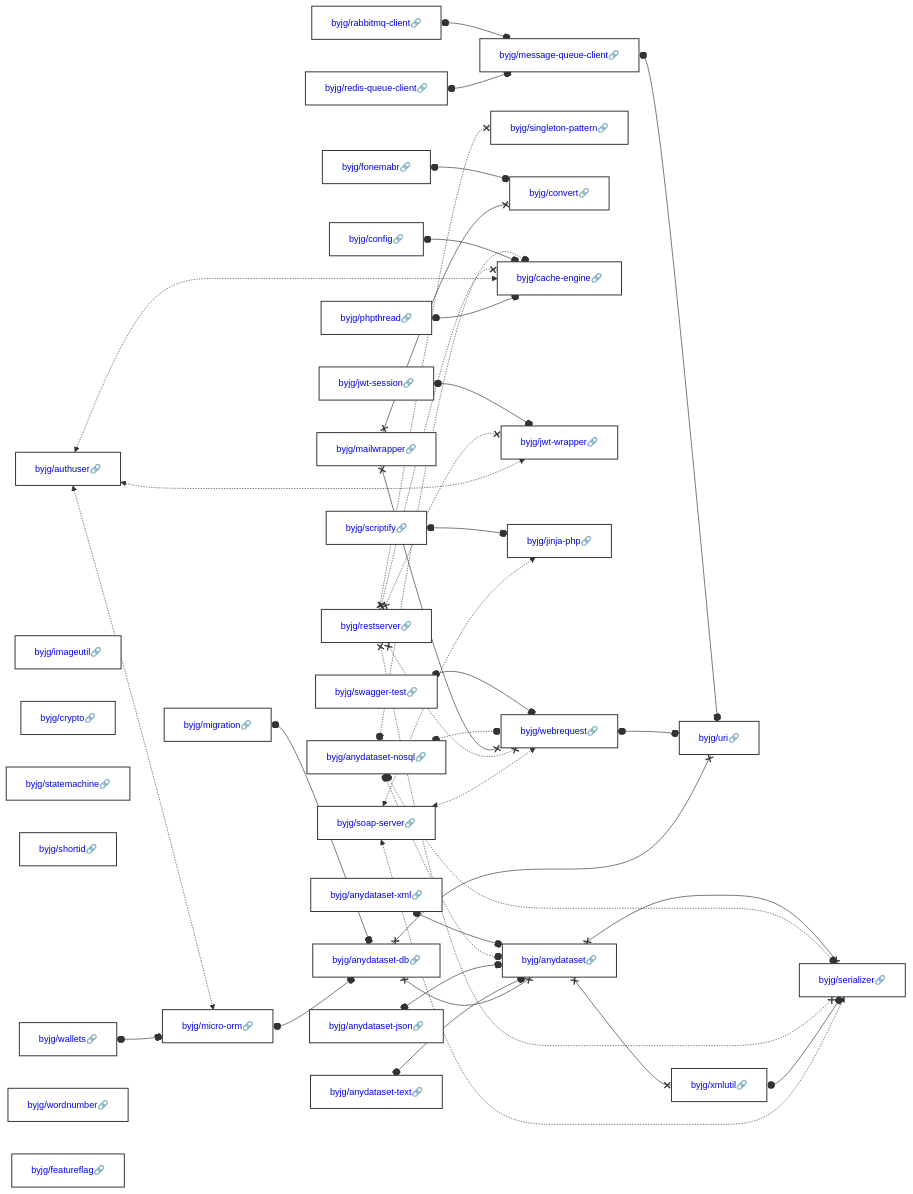
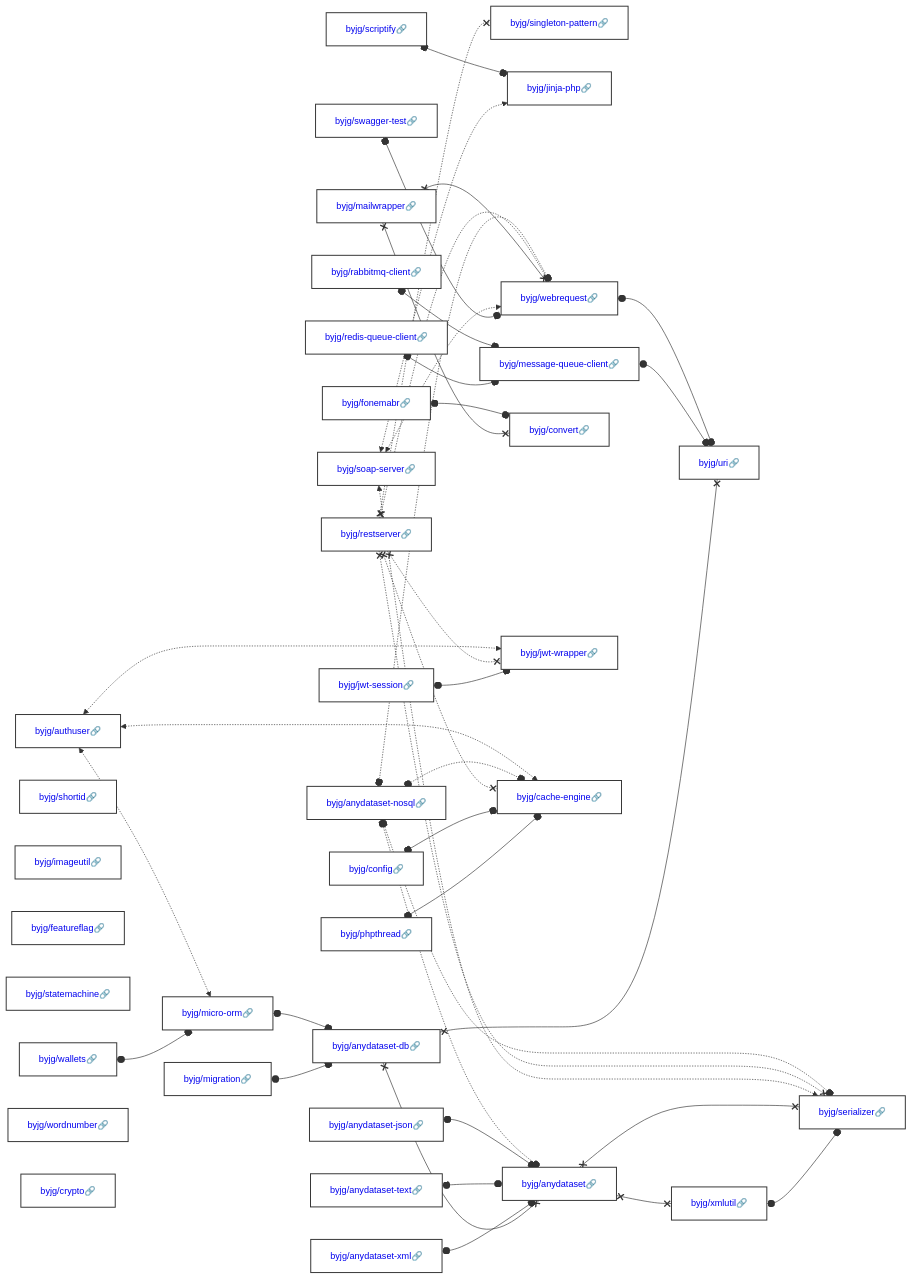
One commit to byjg/byjg.github.io changed the diagram in docs/php/README.md. Above: the diagram before and after it, drawn with Mermaid. The commit also changed other lines of this file, not shown here.

Commit message:
Update documentation 'php' 'php-jwt-wrapper'

````diff
--- a/docs/php/README.md
+++ b/docs/php/README.md
@@ -3,80 +3,80 @@
 ```mermaid
 graph LR;
+  byjg/restserver[<a href='https://opensource.byjg.com/docs/php/restserver' style='text-decoration:none'>byjg/restserver🔗</a>];
   byjg/rabbitmq-client[<a href='https://opensource.byjg.com/docs/php/rabbitmq-client' style='text-decoration:none'>byjg/rabbitmq-client🔗</a>];
+  byjg/mailwrapper[<a href='https://opensource.byjg.com/docs/php/mailwrapper' style='text-decoration:none'>byjg/mailwrapper🔗</a>];
+  byjg/scriptify[<a href='https://opensource.byjg.com/docs/php/scriptify' style='text-decoration:none'>byjg/scriptify🔗</a>];
+  byjg/migration[<a href='https://opensource.byjg.com/docs/php/migration' style='text-decoration:none'>byjg/migration🔗</a>];
+  byjg/authuser[<a href='https://opensource.byjg.com/docs/php/authuser' style='text-decoration:none'>byjg/authuser🔗</a>];
+  byjg/anydataset-json[<a href='https://opensource.byjg.com/docs/php/anydataset-json' style='text-decoration:none'>byjg/anydataset-json🔗</a>];
   byjg/soap-server[<a href='https://opensource.byjg.com/docs/php/soap-server' style='text-decoration:none'>byjg/soap-server🔗</a>];
+  byjg/anydataset-nosql[<a href='https://opensource.byjg.com/docs/php/anydataset-nosql' style='text-decoration:none'>byjg/anydataset-nosql🔗</a>];
+  byjg/shortid[<a href='https://opensource.byjg.com/docs/php/shortid' style='text-decoration:none'>byjg/shortid🔗</a>];
+  byjg/imageutil[<a href='https://opensource.byjg.com/docs/php/imageutil' style='text-decoration:none'>byjg/imageutil🔗</a>];
+  byjg/redis-queue-client[<a href='https://opensource.byjg.com/docs/php/redis-queue-client' style='text-decoration:none'>byjg/redis-queue-client🔗</a>];
+  byjg/swagger-test[<a href='https://opensource.byjg.com/docs/php/swagger-test' style='text-decoration:none'>byjg/swagger-test🔗</a>];
+  byjg/config[<a href='https://opensource.byjg.com/docs/php/config' style='text-decoration:none'>byjg/config🔗</a>];
+  byjg/featureflag[<a href='https://opensource.byjg.com/docs/php/featureflag' style='text-decoration:none'>byjg/featureflag🔗</a>];
+  byjg/anydataset-xml[<a href='https://opensource.byjg.com/docs/php/anydataset-xml' style='text-decoration:none'>byjg/anydataset-xml🔗</a>];
+  byjg/statemachine[<a href='https://opensource.byjg.com/docs/php/statemachine' style='text-decoration:none'>byjg/statemachine🔗</a>];
+  byjg/anydataset-text[<a href='https://opensource.byjg.com/docs/php/anydataset-text' style='text-decoration:none'>byjg/anydataset-text🔗</a>];
   byjg/wallets[<a href='https://opensource.byjg.com/docs/php/wallets' style='text-decoration:none'>byjg/wallets🔗</a>];
-  byjg/anydataset-xml[<a href='https://opensource.byjg.com/docs/php/anydataset-xml' style='text-decoration:none'>byjg/anydataset-xml🔗</a>];
-  byjg/redis-queue-client[<a href='https://opensource.byjg.com/docs/php/redis-queue-client' style='text-decoration:none'>byjg/redis-queue-client🔗</a>];
-  byjg/anydataset-json[<a href='https://opensource.byjg.com/docs/php/anydataset-json' style='text-decoration:none'>byjg/anydataset-json🔗</a>];
-  byjg/imageutil[<a href='https://opensource.byjg.com/docs/php/imageutil' style='text-decoration:none'>byjg/imageutil🔗</a>];
-  byjg/restserver[<a href='https://opensource.byjg.com/docs/php/restserver' style='text-decoration:none'>byjg/restserver🔗</a>];
-  byjg/migration[<a href='https://opensource.byjg.com/docs/php/migration' style='text-decoration:none'>byjg/migration🔗</a>];
+  byjg/wordnumber[<a href='https://opensource.byjg.com/docs/php/wordnumber' style='text-decoration:none'>byjg/wordnumber🔗</a>];
+  byjg/crypto[<a href='https://opensource.byjg.com/docs/php/crypto' style='text-decoration:none'>byjg/crypto🔗</a>];
   byjg/fonemabr[<a href='https://opensource.byjg.com/docs/php/fonemabr' style='text-decoration:none'>byjg/fonemabr🔗</a>];
-  byjg/crypto[<a href='https://opensource.byjg.com/docs/php/crypto' style='text-decoration:none'>byjg/crypto🔗</a>];
-  byjg/statemachine[<a href='https://opensource.byjg.com/docs/php/statemachine' style='text-decoration:none'>byjg/statemachine🔗</a>];
+  byjg/jwt-session[<a href='https://opensource.byjg.com/docs/php/jwt-session' style='text-decoration:none'>byjg/jwt-session🔗</a>];
   byjg/phpthread[<a href='https://opensource.byjg.com/docs/php/phpthread' style='text-decoration:none'>byjg/phpthread🔗</a>];
-  byjg/shortid[<a href='https://opensource.byjg.com/docs/php/shortid' style='text-decoration:none'>byjg/shortid🔗</a>];
-  byjg/config[<a href='https://opensource.byjg.com/docs/php/config' style='text-decoration:none'>byjg/config🔗</a>];
-  byjg/authuser[<a href='https://opensource.byjg.com/docs/php/authuser' style='text-decoration:none'>byjg/authuser🔗</a>];
-  byjg/anydataset-text[<a href='https://opensource.byjg.com/docs/php/anydataset-text' style='text-decoration:none'>byjg/anydataset-text🔗</a>];
-  byjg/wordnumber[<a href='https://opensource.byjg.com/docs/php/wordnumber' style='text-decoration:none'>byjg/wordnumber🔗</a>];
-  byjg/mailwrapper[<a href='https://opensource.byjg.com/docs/php/mailwrapper' style='text-decoration:none'>byjg/mailwrapper🔗</a>];
-  byjg/anydataset-nosql[<a href='https://opensource.byjg.com/docs/php/anydataset-nosql' style='text-decoration:none'>byjg/anydataset-nosql🔗</a>];
-  byjg/jwt-session[<a href='https://opensource.byjg.com/docs/php/jwt-session' style='text-decoration:none'>byjg/jwt-session🔗</a>];
-  byjg/scriptify[<a href='https://opensource.byjg.com/docs/php/scriptify' style='text-decoration:none'>byjg/scriptify🔗</a>];
-  byjg/swagger-test[<a href='https://opensource.byjg.com/docs/php/swagger-test' style='text-decoration:none'>byjg/swagger-test🔗</a>];
-  byjg/featureflag[<a href='https://opensource.byjg.com/docs/php/featureflag' style='text-decoration:none'>byjg/featureflag🔗</a>];
+  byjg/singleton-pattern[<a href='https://opensource.byjg.com/docs/php/singleton-pattern' style='text-decoration:none'>byjg/singleton-pattern🔗</a>];
+  byjg/jinja-php[<a href='https://opensource.byjg.com/docs/php/jinja-php' style='text-decoration:none'>byjg/jinja-php🔗</a>];
   byjg/message-queue-client[<a href='https://opensource.byjg.com/docs/php/message-queue-client' style='text-decoration:none'>byjg/message-queue-client🔗</a>];
-  byjg/singleton-pattern[<a href='https://opensource.byjg.com/docs/php/singleton-pattern' style='text-decoration:none'>byjg/singleton-pattern🔗</a>];
+  byjg/webrequest[<a href='https://opensource.byjg.com/docs/php/webrequest' style='text-decoration:none'>byjg/webrequest🔗</a>];
   byjg/micro-orm[<a href='https://opensource.byjg.com/docs/php/micro-orm' style='text-decoration:none'>byjg/micro-orm🔗</a>];
   byjg/convert[<a href='https://opensource.byjg.com/docs/php/convert' style='text-decoration:none'>byjg/convert🔗</a>];
+  byjg/jwt-wrapper[<a href='https://opensource.byjg.com/docs/php/jwt-wrapper' style='text-decoration:none'>byjg/jwt-wrapper🔗</a>];
   byjg/cache-engine[<a href='https://opensource.byjg.com/docs/php/cache-engine' style='text-decoration:none'>byjg/cache-engine🔗</a>];
-  byjg/jwt-wrapper[<a href='https://opensource.byjg.com/docs/php/jwt-wrapper' style='text-decoration:none'>byjg/jwt-wrapper🔗</a>];
-  byjg/jinja-php[<a href='https://opensource.byjg.com/docs/php/jinja-php' style='text-decoration:none'>byjg/jinja-php🔗</a>];
-  byjg/webrequest[<a href='https://opensource.byjg.com/docs/php/webrequest' style='text-decoration:none'>byjg/webrequest🔗</a>];
   byjg/anydataset-db[<a href='https://opensource.byjg.com/docs/php/anydataset-db' style='text-decoration:none'>byjg/anydataset-db🔗</a>];
   byjg/anydataset[<a href='https://opensource.byjg.com/docs/php/anydataset' style='text-decoration:none'>byjg/anydataset🔗</a>];
   byjg/uri[<a href='https://opensource.byjg.com/docs/php/uri' style='text-decoration:none'>byjg/uri🔗</a>];
   byjg/xmlutil[<a href='https://opensource.byjg.com/docs/php/xmlutil' style='text-decoration:none'>byjg/xmlutil🔗</a>];
   byjg/serializer[<a href='https://opensource.byjg.com/docs/php/serializer' style='text-decoration:none'>byjg/serializer🔗</a>];
+  byjg/xmlutil o--o byjg/serializer;
+  byjg/anydataset x--x byjg/serializer;
+  byjg/anydataset x--x byjg/xmlutil;
+  byjg/wallets o--o byjg/micro-orm;
+  byjg/swagger-test o--o byjg/webrequest;
+  byjg/anydataset-db x--x byjg/anydataset;
+  byjg/anydataset-db x--x byjg/uri;
+  byjg/message-queue-client o--o byjg/uri;
   byjg/soap-server <-.-> byjg/jinja-php;
   byjg/soap-server <-.-> byjg/webrequest;
   byjg/soap-server <-.-> byjg/serializer;
-  byjg/xmlutil o--o byjg/serializer;
-  byjg/micro-orm o--o byjg/anydataset-db;
-  byjg/wallets o--o byjg/micro-orm;
+  byjg/mailwrapper x--x byjg/convert;
+  byjg/mailwrapper x--x byjg/webrequest;
   byjg/phpthread o--o byjg/cache-engine;
-  byjg/authuser <-.-> byjg/micro-orm;
-  byjg/authuser <-.-> byjg/cache-engine;
-  byjg/authuser <-.-> byjg/jwt-wrapper;
+  byjg/scriptify o--o byjg/jinja-php;
+  byjg/webrequest o--o byjg/uri;
+  byjg/jwt-session o--o byjg/jwt-wrapper;
+  byjg/fonemabr o--o byjg/convert;
   byjg/redis-queue-client o--o byjg/message-queue-client;
-  byjg/anydataset-db x--x byjg/anydataset;
-  byjg/anydataset-db x--x byjg/uri;
-  byjg/webrequest o--o byjg/uri;
+  byjg/anydataset-xml o--o byjg/anydataset;
+  byjg/anydataset-text o--o byjg/anydataset;
+  byjg/rabbitmq-client o--o byjg/message-queue-client;
+  byjg/config o--o byjg/cache-engine;
   byjg/restserver x-.-x byjg/serializer;
   byjg/restserver x-.-x byjg/singleton-pattern;
   byjg/restserver x-.-x byjg/cache-engine;
   byjg/restserver x-.-x byjg/webrequest;
   byjg/restserver x-.-x byjg/jwt-wrapper;
-  byjg/mailwrapper x--x byjg/convert;
-  byjg/mailwrapper x--x byjg/webrequest;
-  byjg/rabbitmq-client o--o byjg/message-queue-client;
-  byjg/config o--o byjg/cache-engine;
-  byjg/fonemabr o--o byjg/convert;
-  byjg/anydataset-text o--o byjg/anydataset;
   byjg/anydataset-json o--o byjg/anydataset;
+  byjg/migration o--o byjg/anydataset-db;
   byjg/anydataset-nosql o-.-o byjg/anydataset;
   byjg/anydataset-nosql o-.-o byjg/serializer;
   byjg/anydataset-nosql o-.-o byjg/webrequest;
   byjg/anydataset-nosql o-.-o byjg/cache-engine;
-  byjg/swagger-test o--o byjg/webrequest;
-  byjg/anydataset-xml o--o byjg/anydataset;
-  byjg/message-queue-client o--o byjg/uri;
-  byjg/scriptify o--o byjg/jinja-php;
-  byjg/anydataset x--x byjg/serializer;
-  byjg/anydataset x--x byjg/xmlutil;
-  byjg/migration o--o byjg/anydataset-db;
-  byjg/jwt-session o--o byjg/jwt-wrapper;
+  byjg/authuser <-.-> byjg/micro-orm;
+  byjg/authuser <-.-> byjg/cache-engine;
+  byjg/authuser <-.-> byjg/jwt-wrapper;
+  byjg/micro-orm o--o byjg/anydataset-db;
   classDef default fill:#ffffff,stroke:#333,stroke-width:1.5px,color:#000,font-size:14px;
   classDef highlight fill:#ffef96,stroke:#ff9900,stroke-width:3px;
   classDef deprecated fill:#f8f8f8,stroke:#cccccc,stroke-dasharray: 5 5,stroke-width:1px,color:#999;
````
